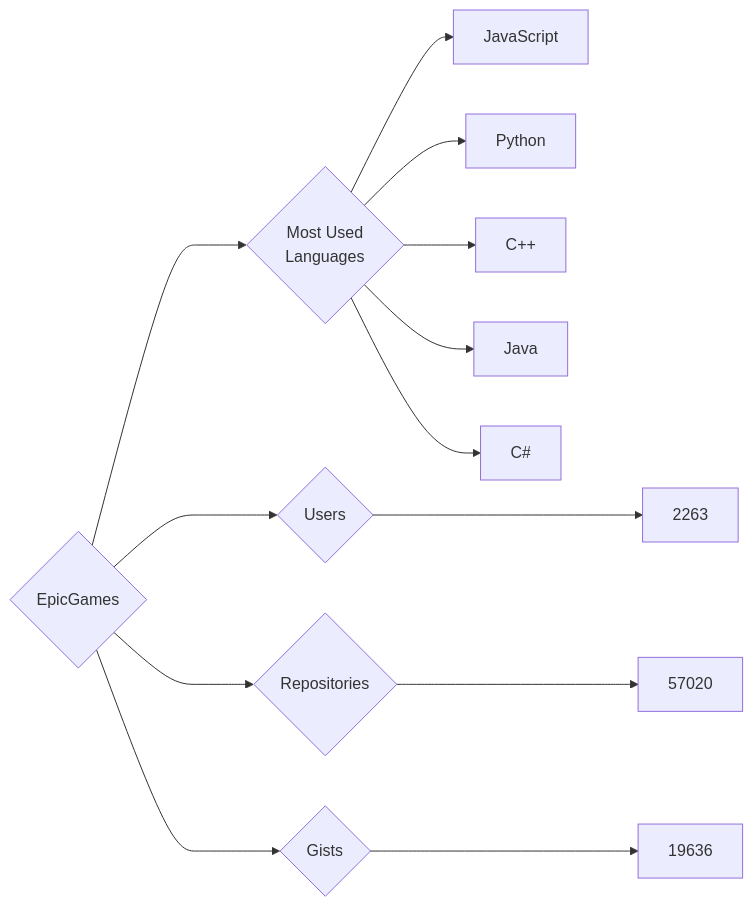
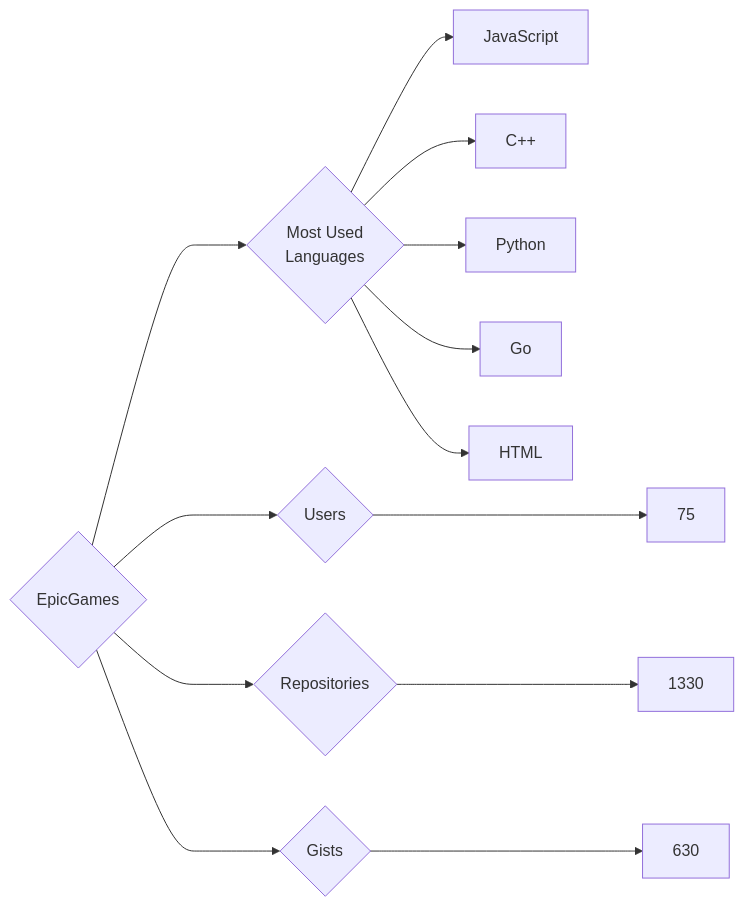
The diagram in targets/EpicGames/README.md (trickest/insiders), drawn with Mermaid before and after one commit. The commit also changed 636 other files, not shown here.

````diff
--- a/targets/EpicGames/README.md
+++ b/targets/EpicGames/README.md
@@ -3,13 +3,13 @@
 ```mermaid
 graph LR
 COMPANY_NAME{EpicGames}
-COMPANY_NAME ---> U{Users} ---> UN[2263]
-COMPANY_NAME ---> R{Repositories} ---> RN[57020]
-COMPANY_NAME ---> G{Gists} ---> GN[19636]
+COMPANY_NAME ---> U{Users} ---> UN[75]
+COMPANY_NAME ---> R{Repositories} ---> RN[1330]
+COMPANY_NAME ---> G{Gists} ---> GN[630]
 COMPANY_NAME ---> ML{Most Used<br>Languages}
 ML --> JavaScript[JavaScript]
+ML --> C++[C++]
 ML --> Python[Python]
-ML --> C++[C++]
-ML --> Java[Java]
-ML --> C#[C#]
+ML --> Go[Go]
+ML --> HTML[HTML]
 ```
````
